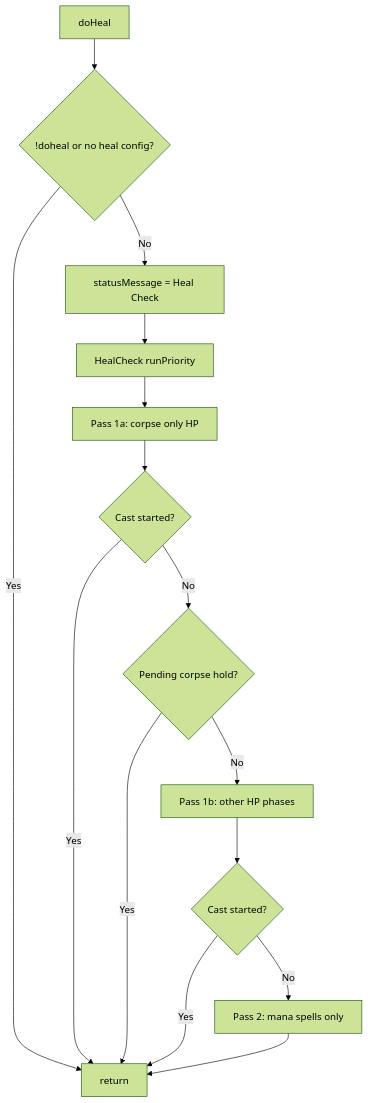
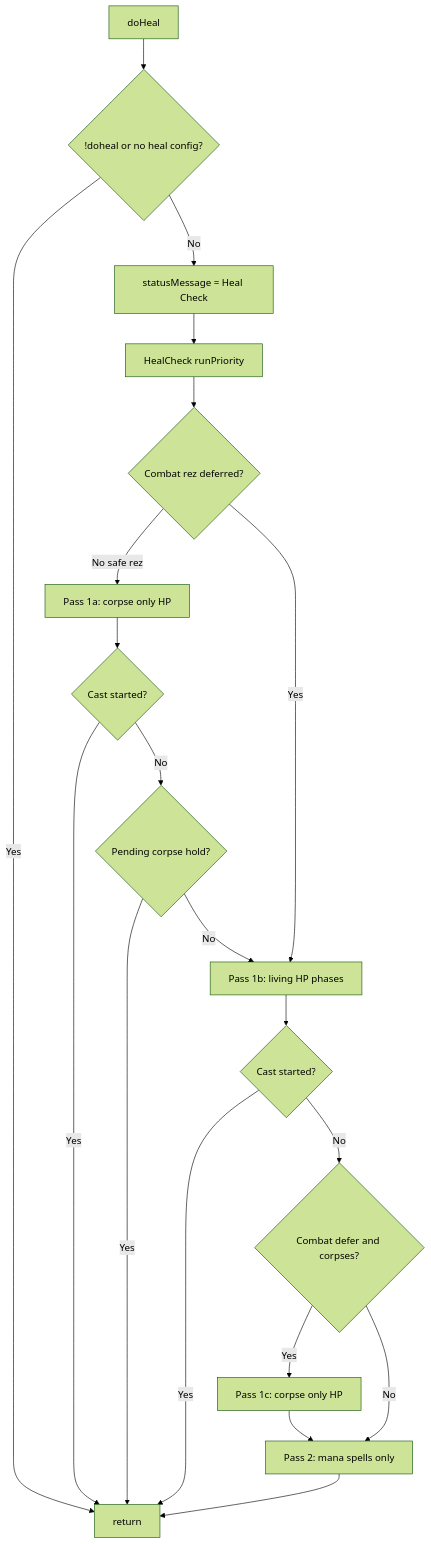
Before and after one commit to Cezero/czbot: the diagram in docs/botlogic/hook-doheal.md, drawn with Mermaid (forest theme). The commit also changed other lines of this file and 4 other files, not shown here.

Commit message:
heal before combat rezzing

````diff
--- a/docs/botlogic/hook-doheal.md
+++ b/docs/botlogic/hook-doheal.md
@@ -10,17 +10,22 @@
 ```mermaid
 flowchart TB
     Start[doHeal] --> Guards{!doheal or no heal config?}
     Guards -->|Yes| End[return]
     Guards -->|No| Status[statusMessage = Heal Check]
     Status --> HealCheck[HealCheck runPriority]
-    HealCheck --> CorpsePass[Pass 1a: corpse only HP]
-    CorpsePass --> CorpseCast{Cast started?}
+    HealCheck --> CombatDefer{Combat rez deferred?}
+    CombatDefer -->|No safe rez| CorpseFirst[Pass 1a: corpse only HP]
+    CorpseFirst --> CorpseCast{Cast started?}
     CorpseCast -->|Yes| End
     CorpseCast -->|No| CorpseHold{Pending corpse hold?}
     CorpseHold -->|Yes| End
-    CorpseHold -->|No| HpPass[Pass 1b: other HP phases]
+    CorpseHold -->|No| HpPass[Pass 1b: living HP phases]
+    CombatDefer -->|Yes| HpPass
     HpPass --> HpCast{Cast started?}
     HpCast -->|Yes| End
-    HpCast -->|No| ManaPass[Pass 2: mana spells only]
+    HpCast -->|No| AfterHp{Combat defer and corpses?}
+    AfterHp -->|Yes| CorpseLast[Pass 1c: corpse only HP]
+    CorpseLast --> ManaPass[Pass 2: mana spells only]
+    AfterHp -->|No| ManaPass
     ManaPass --> End
 ```
````
